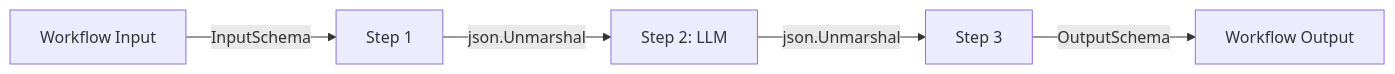
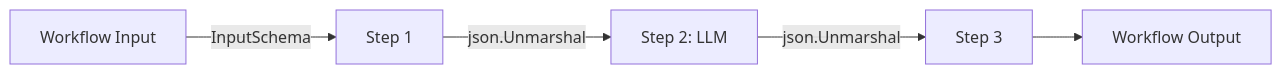
Before and after one commit to danmestas/dagnats: the diagram in docs/site/content/docs/ai-patterns/prompt-and-response-schemas.md, drawn with Mermaid. The commit also changed other lines of this file and 39 other files, not shown here.

````diff
--- a/docs/site/content/docs/ai-patterns/prompt-and-response-schemas.md
+++ b/docs/site/content/docs/ai-patterns/prompt-and-response-schemas.md
@@ -133,7 +136,7 @@
 ```mermaid
 graph LR
     I[Workflow Input] -->|InputSchema| S1[Step 1]
     S1 -->|json.Unmarshal| S2[Step 2: LLM]
     S2 -->|json.Unmarshal| S3[Step 3]
-    S3 -->|OutputSchema| O[Workflow Output]
+    S3 --> O[Workflow Output]
 ```
````
